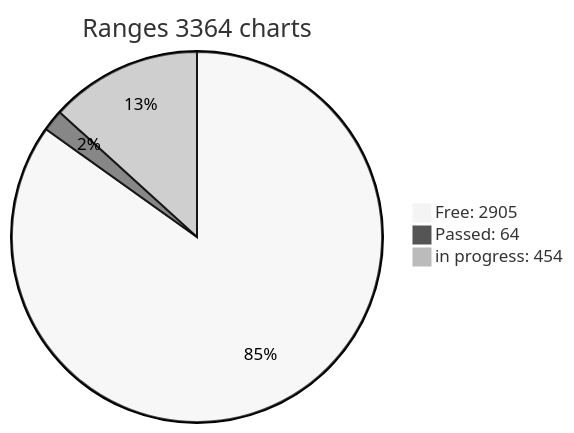
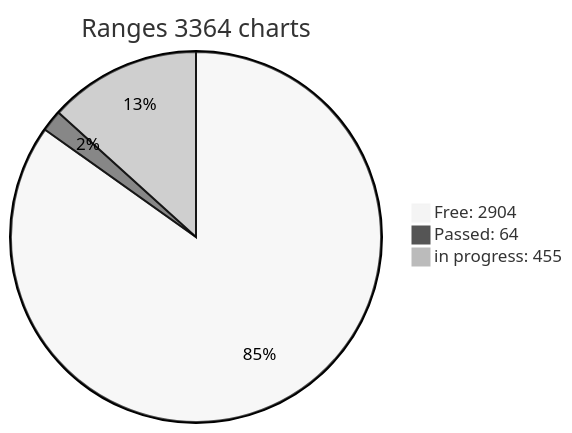
The diagram in x64/Release/table.md (phrutis/wif500), drawn with Mermaid (neutral theme) before and after one commit. The commit also changed other lines of this file, not shown here.

````diff
--- a/x64/Release/table.md
+++ b/x64/Release/table.md
@@ -3,6 +3,6 @@
 ```mermaid
 pie title Ranges 3364 charts
-"Free: 2905" : 2905
+"Free: 2904" : 2904
 "Passed: 64" : 64
-"in progress: 454" : 454
+"in progress: 455" : 455
 ```  
````
